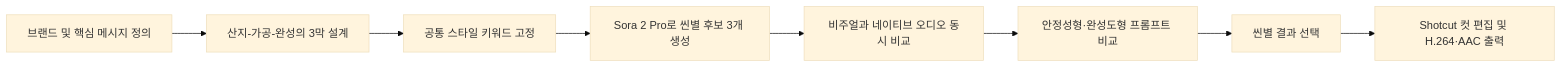
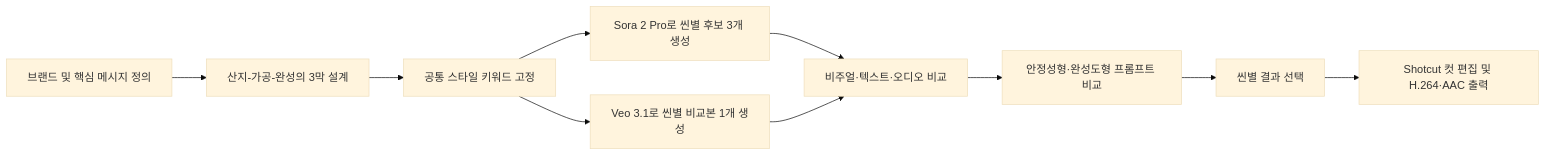
One commit to larklaon/N_Project_B1-2 changed the diagram in README.md. Above: the diagram before and after it, drawn with Mermaid (base theme). The commit also changed other lines of this file and 5 other files, not shown here.

````diff
--- a/README.md
+++ b/README.md
@@ -55,10 +55,12 @@
 ```mermaid
 flowchart LR
     A["브랜드 및 핵심 메시지 정의"] --> B["산지-가공-완성의 3막 설계"]
     B --> C["공통 스타일 키워드 고정"]
     C --> D["Sora 2 Pro로 씬별 후보 3개 생성"]
-    D --> E["비주얼과 네이티브 오디오 동시 비교"]
-    E --> F["안정성형·완성도형 프롬프트 비교"]
-    F --> G["씬별 결과 선택"]
-    G --> H["Shotcut 컷 편집 및 H.264·AAC 출력"]
+    C --> E["Veo 3.1로 씬별 비교본 1개 생성"]
+    D --> F["비주얼·텍스트·오디오 비교"]
+    E --> F
+    F --> G["안정성형·완성도형 프롬프트 비교"]
+    G --> H["씬별 결과 선택"]
+    H --> I["Shotcut 컷 편집 및 H.264·AAC 출력"]
 ```
````
